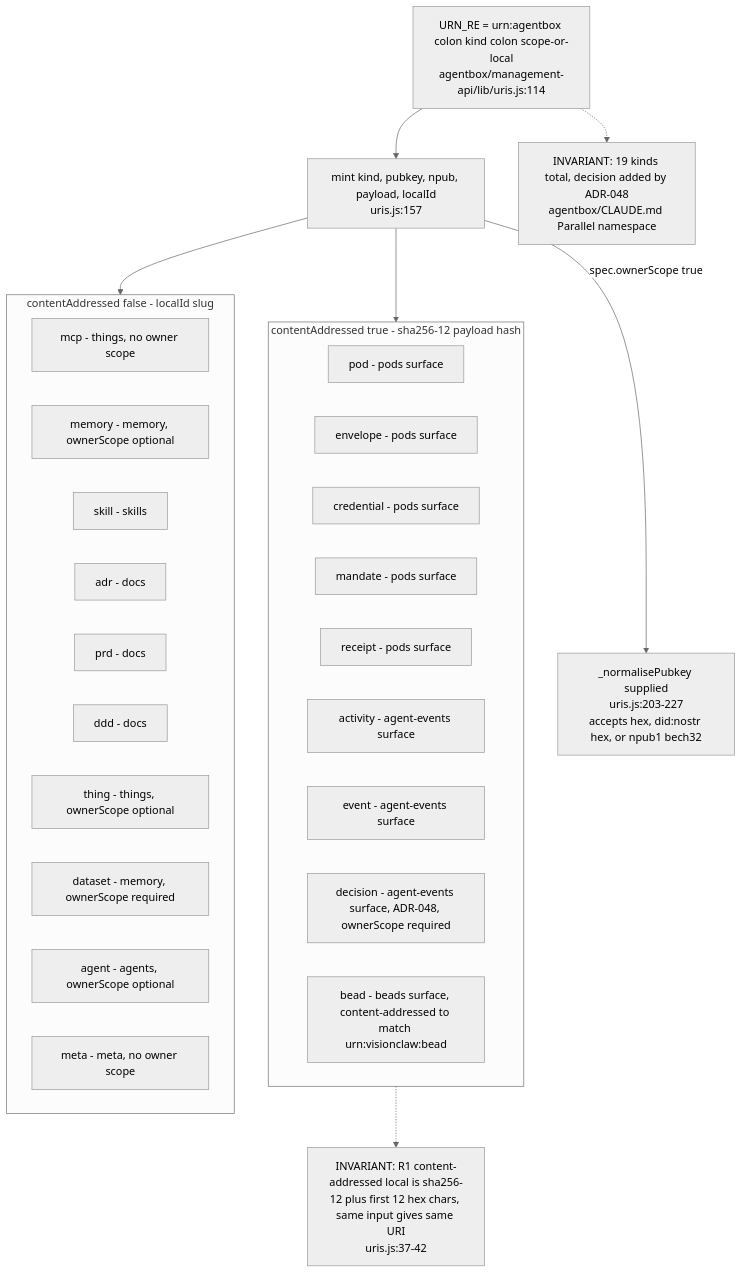
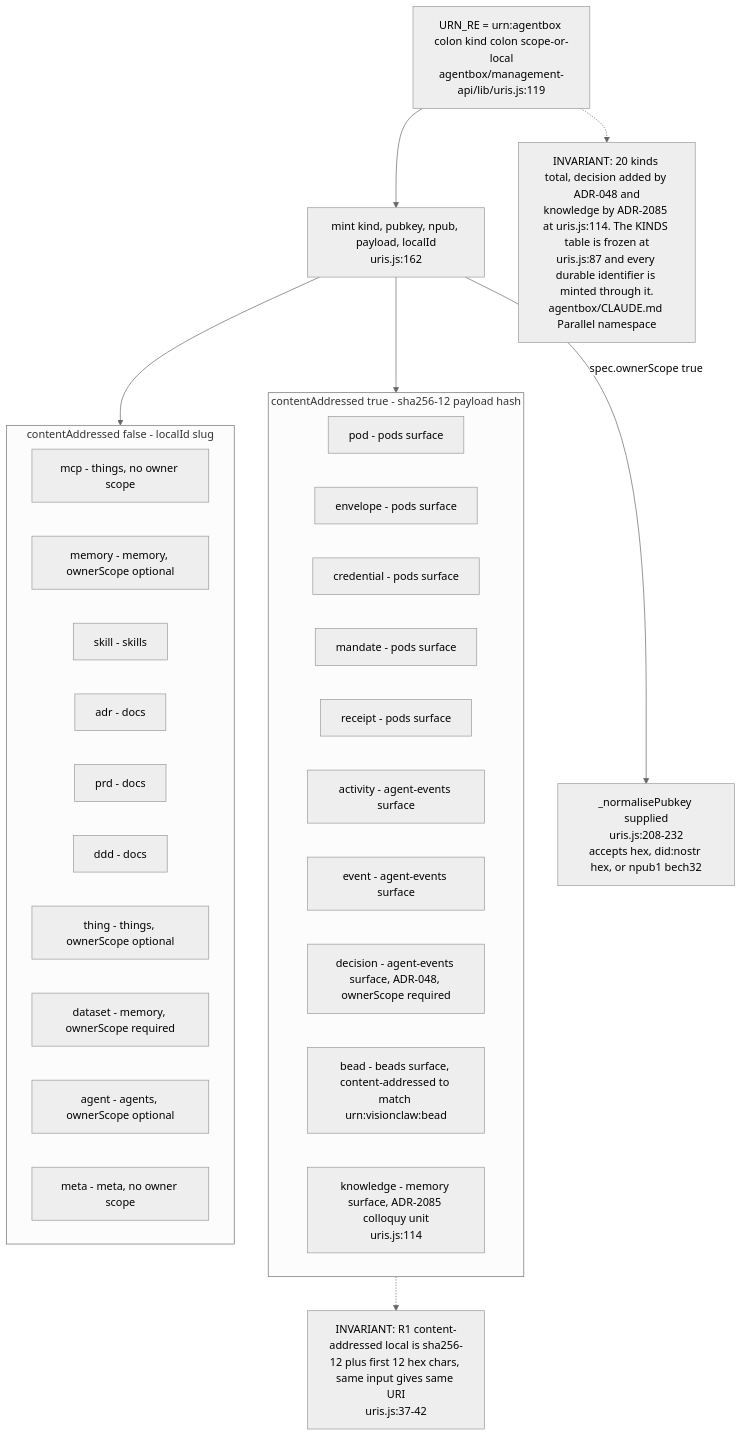
One commit to DreamLab-AI/VisionFlow changed the third of 12 diagrams in docs/diagrams/estate/03-cross-repo-federation-contract.md. Above: the diagram before and after it, drawn with Mermaid (neutral theme). The commit also changed other lines of this file and 12 other files, not shown here.

````diff
--- a/docs/diagrams/estate/03-cross-repo-federation-contract.md
+++ b/docs/diagrams/estate/03-cross-repo-federation-contract.md
@@ -122,37 +131,38 @@
 ```mermaid
 flowchart TD
-    RE["URN_RE = urn:agentbox colon kind colon scope-or-local<br/>agentbox/management-api/lib/uris.js:114"]
-    MINT["mint kind, pubkey, npub, payload, localId<br/>uris.js:157"]
+    RE["URN_RE = urn:agentbox colon kind colon scope-or-local<br/>agentbox/management-api/lib/uris.js:119"]
+    MINT["mint kind, pubkey, npub, payload, localId<br/>uris.js:162"]
     RE --> MINT
     subgraph CA["contentAddressed true - sha256-12 payload hash"]
         POD["pod - pods surface"]
         ENVELOPE["envelope - pods surface"]
         CRED["credential - pods surface"]
         MANDATE["mandate - pods surface"]
         RECEIPT["receipt - pods surface"]
         ACTIVITY["activity - agent-events surface"]
         EVENT["event - agent-events surface"]
         DECISION["decision - agent-events surface, ADR-048, ownerScope required"]
         BEAD["bead - beads surface, content-addressed to match urn:visionclaw:bead"]
+        KNOW["knowledge - memory surface, ADR-2085 colloquy unit<br/>uris.js:114"]
     end
     subgraph SLUG["contentAddressed false - localId slug"]
         MCP["mcp - things, no owner scope"]
         MEMORY["memory - memory, ownerScope optional"]
         SKILL["skill - skills"]
         ADR["adr - docs"]
         PRD["prd - docs"]
         DDD["ddd - docs"]
         THING["thing - things, ownerScope optional"]
         DATASET["dataset - memory, ownerScope required"]
         AGENT["agent - agents, ownerScope optional"]
         META["meta - meta, no owner scope"]
     end
     MINT --> CA
     MINT --> SLUG
-    NORM["_normalisePubkey supplied<br/>uris.js:203-227<br/>accepts hex, did:nostr hex, or npub1 bech32"]
+    NORM["_normalisePubkey supplied<br/>uris.js:208-232<br/>accepts hex, did:nostr hex, or npub1 bech32"]
     MINT -- "spec.ownerScope true" --> NORM
-    NOTE_KIND["INVARIANT: 19 kinds total, decision added by ADR-048<br/>agentbox/CLAUDE.md Parallel namespace"]
+    NOTE_KIND["INVARIANT: 20 kinds total, decision added by ADR-048 and<br/>knowledge by ADR-2085 at uris.js:114. The KINDS table is frozen at<br/>uris.js:87 and every durable identifier is minted through it.<br/>agentbox/CLAUDE.md Parallel namespace"]
     NOTE_R1["INVARIANT: R1 content-addressed local is sha256-12 plus first 12 hex chars, same input gives same URI<br/>uris.js:37-42"]
     RE -.-> NOTE_KIND
     CA -.-> NOTE_R1
 ```
````
